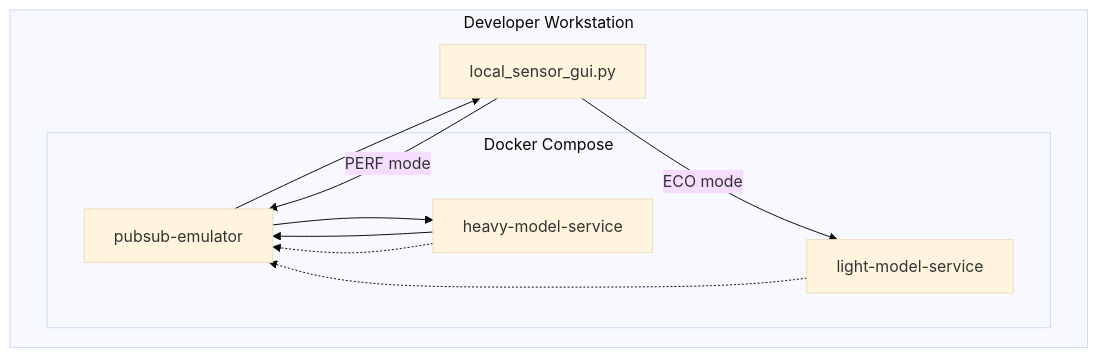
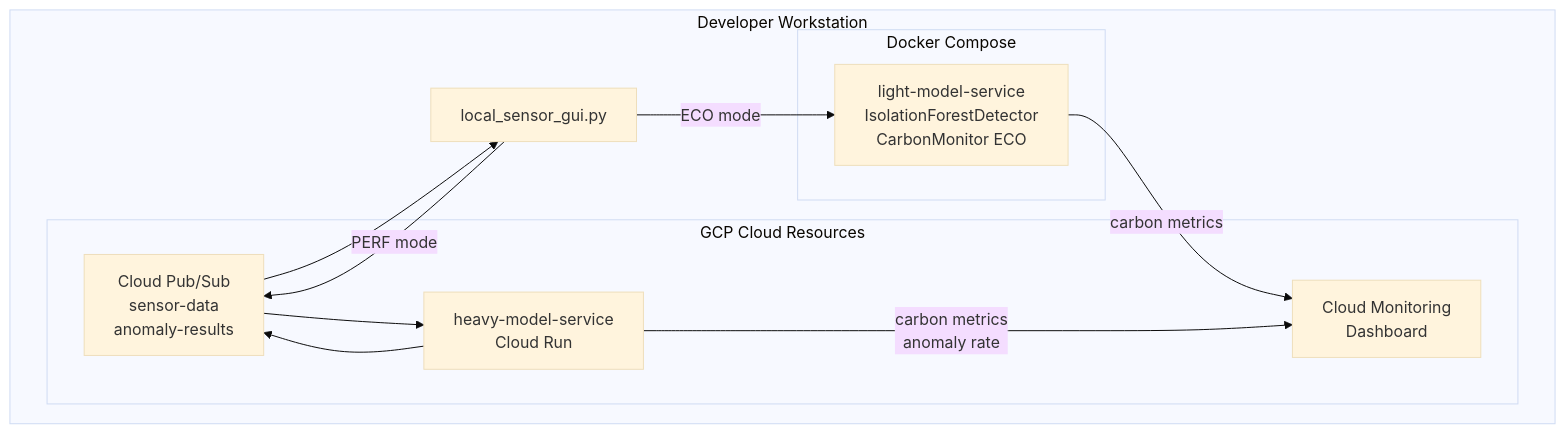
One commit to Taki224/AI-Architecture-and-Cloud-Computing-Final-Project changed the second of 2 diagrams in plans/deployment.md. Above: the diagram before and after it, drawn with Mermaid (base theme). The commit also changed other lines of this file and 4 other files, not shown here.

First line of the commit message:
Enhance documentation and architecture for Carbon-Aware IoT Anomaly Detection System

````diff
--- a/plans/deployment.md
+++ b/plans/deployment.md
@@ -52,20 +57,25 @@
 ```mermaid
 flowchart TB
     subgraph Host[Developer Workstation]
         EdgeApp[local_sensor_gui.py]
         
         subgraph Docker[Docker Compose]
-            Emulator[pubsub-emulator]
-            LightService[light-model-service]
-            HeavyService[heavy-model-service]
+            LightService[light-model-service<br/>IsolationForestDetector<br/>CarbonMonitor ECO]
+        end
+        
+        subgraph CloudResources[GCP Cloud Resources]
+            PubSub[Cloud Pub/Sub<br/>sensor-data<br/>anomaly-results]
+            HeavyCloud[heavy-model-service<br/>Cloud Run]
+            Monitoring[Cloud Monitoring<br/>Dashboard]
         end
     end
 
     EdgeApp -->|ECO mode| LightService
-    EdgeApp -->|PERF mode| Emulator
-    Emulator --> HeavyService
-    HeavyService --> Emulator
-    Emulator --> EdgeApp
-    LightService -.-> Emulator
-    HeavyService -.-> Emulator
+    EdgeApp -->|PERF mode| PubSub
+    PubSub --> HeavyCloud
+    HeavyCloud --> PubSub
+    PubSub --> EdgeApp
+    
+    LightService -->|carbon metrics| Monitoring
+    HeavyCloud -->|carbon metrics<br/>anomaly rate| Monitoring
 ```
````
